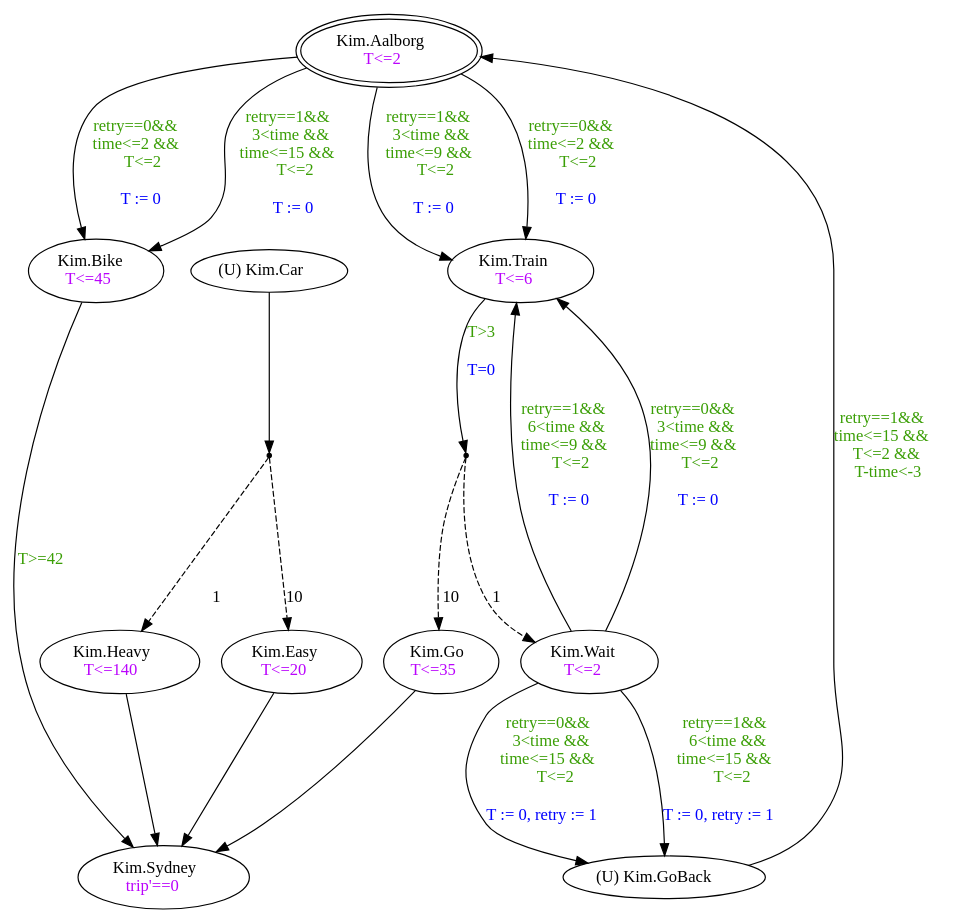
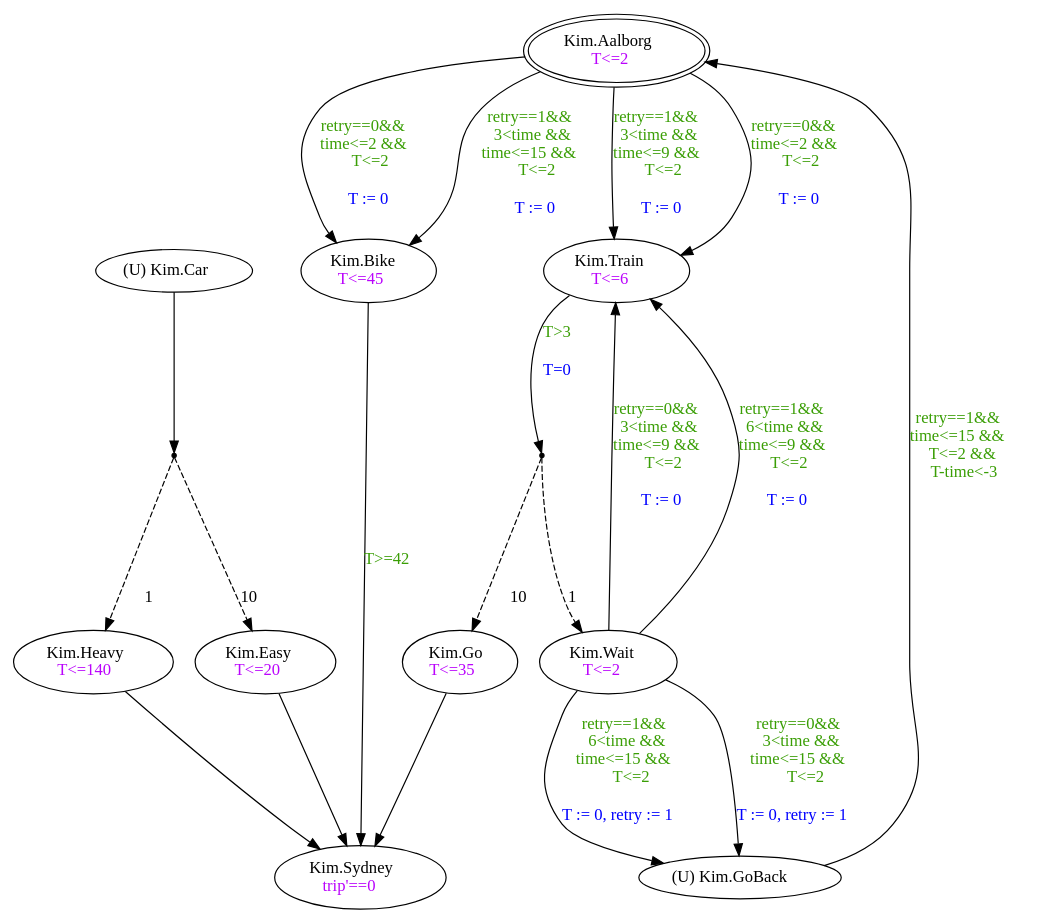
Before and after one commit to LesLivia/StrategyViz: the diagram in resources/ptas/gosafe.gv, drawn with Graphviz. The commit also changed other lines of this file and 7 other files, not shown here.

```diff
--- a/resources/ptas/gosafe.gv
+++ b/resources/ptas/gosafe.gv
@@ -1,33 +1,33 @@
 digraph gosafe {
+	"Kim.Car" [label=<(U) Kim.Car<BR/>>]
+	"Kim.Wait" [label=<Kim.Wait<BR/><font color='#ba03fc'>T&lt;=2</font>>]
+	"Kim.Bike" [label=<Kim.Bike<BR/><font color='#ba03fc'>T&lt;=45</font>>]
+	"Kim.Heavy" [label=<Kim.Heavy<BR/><font color='#ba03fc'>T&lt;=140</font>>]
+	"Kim.Sydney" [label=<Kim.Sydney<BR/><font color='#ba03fc'>trip'==0</font>>]
+	"Kim.Go" [label=<Kim.Go<BR/><font color='#ba03fc'>T&lt;=35</font>>]
+	"Kim.Easy" [label=<Kim.Easy<BR/><font color='#ba03fc'>T&lt;=20</font>>]
 	"Kim.Aalborg" [label=<Kim.Aalborg<BR/><font color='#ba03fc'>T&lt;=2</font>> peripheries=2]
-	"Kim.Bike" [label=<Kim.Bike<BR/><font color='#ba03fc'>T&lt;=45</font>>]
+	"Kim.GoBack" [label=<(U) Kim.GoBack<BR/>>]
 	"Kim.Train" [label=<Kim.Train<BR/><font color='#ba03fc'>T&lt;=6</font>>]
-	"Kim.Sydney" [label=<Kim.Sydney<BR/><font color='#ba03fc'>trip'==0</font>>]
-	"Kim.GoBack" [label=<(U) Kim.GoBack<BR/>>]
-	"Kim.Heavy" [label=<Kim.Heavy<BR/><font color='#ba03fc'>T&lt;=140</font>>]
-	"Kim.Go" [label=<Kim.Go<BR/><font color='#ba03fc'>T&lt;=35</font>>]
-	"Kim.Wait" [label=<Kim.Wait<BR/><font color='#ba03fc'>T&lt;=2</font>>]
-	"Kim.Easy" [label=<Kim.Easy<BR/><font color='#ba03fc'>T&lt;=20</font>>]
-	"Kim.Car" [label=<(U) Kim.Car<BR/>>]
+	"Kim.Wait" -> "Kim.Train" [label=<<font color='#3a9e05'>retry==0&amp;&amp;<BR/>3&lt;time &amp;&amp;<BR/>time&lt;=9 &amp;&amp;<BR/>T&lt;=2</font><BR/><BR/><font color='blue'> T := 0<BR/></font>>]
+	"Kim.Wait" -> "Kim.GoBack" [label=<<font color='#3a9e05'>retry==1&amp;&amp;<BR/>6&lt;time &amp;&amp;<BR/>time&lt;=15 &amp;&amp;<BR/>T&lt;=2</font><BR/><BR/><font color='blue'> T := 0, retry := 1<BR/></font>>]
+	"Kim.Wait" -> "Kim.Train" [label=<<font color='#3a9e05'>retry==1&amp;&amp;<BR/>6&lt;time &amp;&amp;<BR/>time&lt;=9 &amp;&amp;<BR/>T&lt;=2</font><BR/><BR/><font color='blue'> T := 0<BR/></font>>]
+	"Kim.Easy" -> "Kim.Sydney" [label=<<BR/><BR/>>]
+	id11 -> "Kim.Easy" [label=<<BR/><BR/><BR/>10> style=dashed]
 	"Kim.Aalborg" -> "Kim.Train" [label=<<font color='#3a9e05'>retry==0&amp;&amp;<BR/>time&lt;=2 &amp;&amp;<BR/>T&lt;=2</font><BR/><BR/><font color='blue'> T := 0<BR/></font>>]
+	"Kim.Aalborg" -> "Kim.Bike" [label=<<font color='#3a9e05'>retry==1&amp;&amp;<BR/>3&lt;time &amp;&amp;<BR/>time&lt;=15 &amp;&amp;<BR/>T&lt;=2</font><BR/><BR/><font color='blue'> T := 0<BR/></font>>]
+	"Kim.Go" -> "Kim.Sydney" [label=<<BR/><BR/>>]
 	"Kim.Bike" -> "Kim.Sydney" [label=<<font color='#3a9e05'>T&gt;=42</font><BR/><BR/>>]
-	"Kim.Go" -> "Kim.Sydney" [label=<<BR/><BR/>>]
-	"Kim.Wait" -> "Kim.Train" [label=<<font color='#3a9e05'>retry==0&amp;&amp;<BR/>3&lt;time &amp;&amp;<BR/>time&lt;=9 &amp;&amp;<BR/>T&lt;=2</font><BR/><BR/><font color='blue'> T := 0<BR/></font>>]
-	id11 -> "Kim.Easy" [label=<<BR/><BR/><BR/>10> style=dashed]
-	"Kim.Aalborg" -> "Kim.Bike" [label=<<font color='#3a9e05'>retry==1&amp;&amp;<BR/>3&lt;time &amp;&amp;<BR/>time&lt;=15 &amp;&amp;<BR/>T&lt;=2</font><BR/><BR/><font color='blue'> T := 0<BR/></font>>]
+	"Kim.Heavy" -> "Kim.Sydney" [label=<<BR/><BR/>>]
+	"Kim.Aalborg" -> "Kim.Train" [label=<<font color='#3a9e05'>retry==1&amp;&amp;<BR/>3&lt;time &amp;&amp;<BR/>time&lt;=9 &amp;&amp;<BR/>T&lt;=2</font><BR/><BR/><font color='blue'> T := 0<BR/></font>>]
 	id10 -> "Kim.Wait" [label=<<BR/><BR/><BR/>1> style=dashed]
-	id11 -> "Kim.Heavy" [label=<<BR/><BR/><BR/>1> style=dashed]
-	id10 -> "Kim.Go" [label=<<BR/><BR/><BR/>10> style=dashed]
+	"Kim.Car" -> id11 [label=<<BR/><BR/>>]
 	"Kim.Train" -> id10 [label=<<font color='#3a9e05'>T&gt;3</font><BR/><BR/><font color='blue'>T=0</font>>]
-	"Kim.Aalborg" -> "Kim.Train" [label=<<font color='#3a9e05'>retry==1&amp;&amp;<BR/>3&lt;time &amp;&amp;<BR/>time&lt;=9 &amp;&amp;<BR/>T&lt;=2</font><BR/><BR/><font color='blue'> T := 0<BR/></font>>]
-	"Kim.Heavy" -> "Kim.Sydney" [label=<<BR/><BR/>>]
 	"Kim.GoBack" -> "Kim.Aalborg" [label=<<font color='#3a9e05'>retry==1&amp;&amp;<BR/>time&lt;=15 &amp;&amp;<BR/>T&lt;=2 &amp;&amp;<BR/>T-time&lt;-3</font><BR/><BR/>>]
 	"Kim.Wait" -> "Kim.GoBack" [label=<<font color='#3a9e05'>retry==0&amp;&amp;<BR/>3&lt;time &amp;&amp;<BR/>time&lt;=15 &amp;&amp;<BR/>T&lt;=2</font><BR/><BR/><font color='blue'> T := 0, retry := 1<BR/></font>>]
-	"Kim.Easy" -> "Kim.Sydney" [label=<<BR/><BR/>>]
-	"Kim.Wait" -> "Kim.Train" [label=<<font color='#3a9e05'>retry==1&amp;&amp;<BR/>6&lt;time &amp;&amp;<BR/>time&lt;=9 &amp;&amp;<BR/>T&lt;=2</font><BR/><BR/><font color='blue'> T := 0<BR/></font>>]
+	id10 -> "Kim.Go" [label=<<BR/><BR/><BR/>10> style=dashed]
 	"Kim.Aalborg" -> "Kim.Bike" [label=<<font color='#3a9e05'>retry==0&amp;&amp;<BR/>time&lt;=2 &amp;&amp;<BR/>T&lt;=2</font><BR/><BR/><font color='blue'> T := 0<BR/></font>>]
-	"Kim.Wait" -> "Kim.GoBack" [label=<<font color='#3a9e05'>retry==1&amp;&amp;<BR/>6&lt;time &amp;&amp;<BR/>time&lt;=15 &amp;&amp;<BR/>T&lt;=2</font><BR/><BR/><font color='blue'> T := 0, retry := 1<BR/></font>>]
-	"Kim.Car" -> id11 [label=<<BR/><BR/>>]
+	id11 -> "Kim.Heavy" [label=<<BR/><BR/><BR/>1> style=dashed]
 	id10 [shape=point]
 	id11 [shape=point]
 }
```
